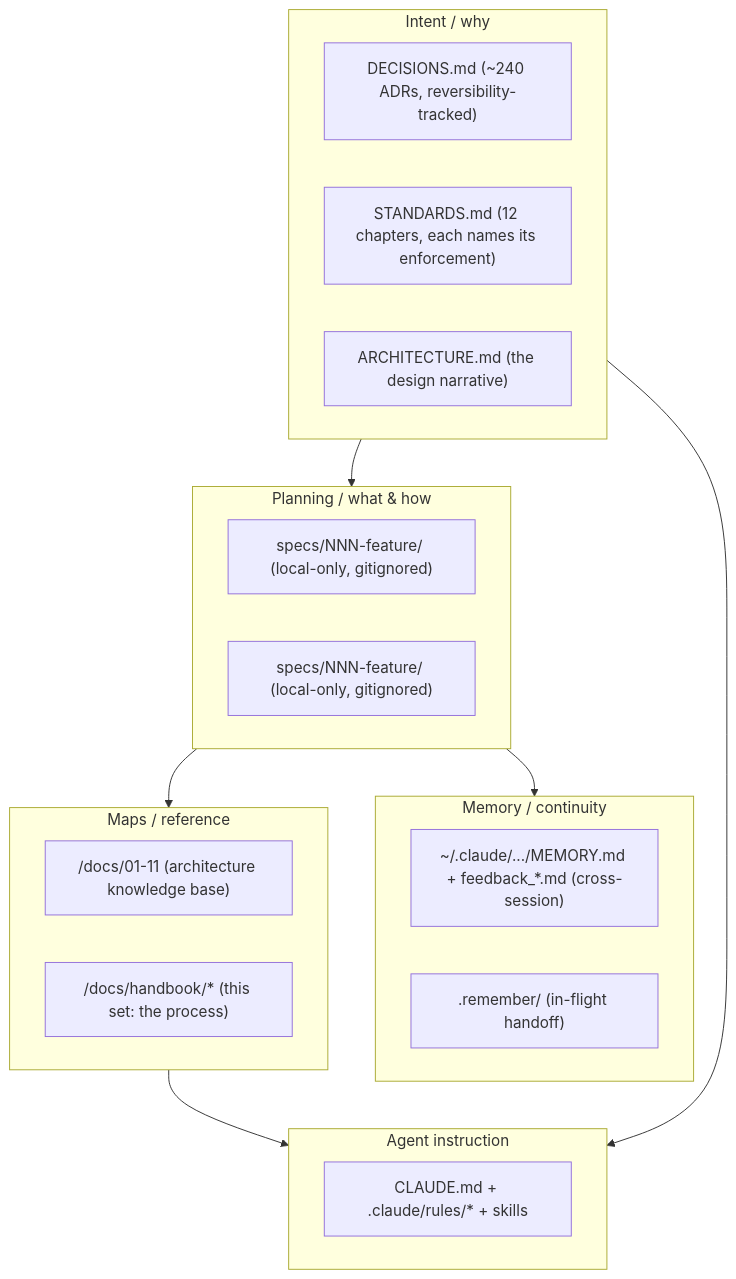
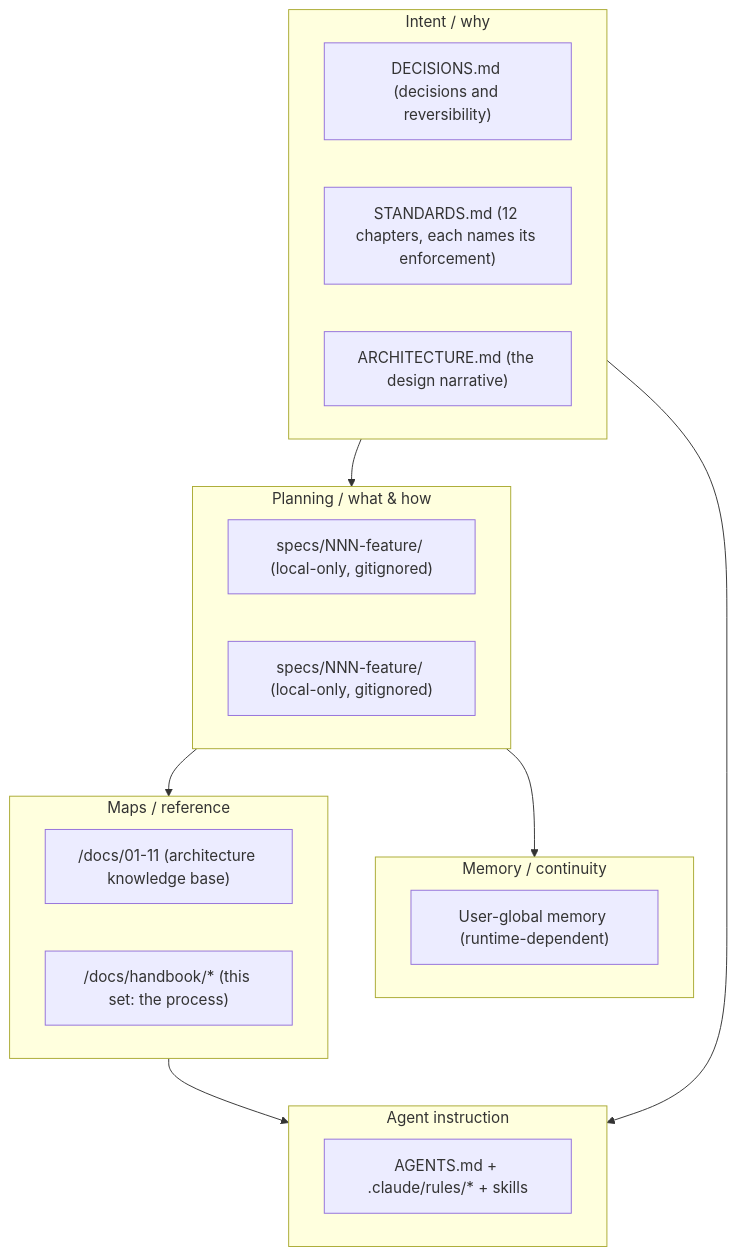
The first of 2 diagrams in docs/handbook/knowledge-architecture.md (erikunha/portfolio), drawn with Mermaid before and after one commit. The commit also changed other lines of this file and 1307 other files, not shown here.

````diff
--- a/docs/handbook/knowledge-architecture.md
+++ b/docs/handbook/knowledge-architecture.md
@@ -7,27 +7,26 @@
 ```mermaid
 flowchart TD
     subgraph intent["Intent / why"]
-        adr["DECISIONS.md (~240 ADRs, reversibility-tracked)"]
+        adr["DECISIONS.md (decisions and reversibility)"]
         std["STANDARDS.md (12 chapters, each names its enforcement)"]
         arch["ARCHITECTURE.md (the design narrative)"]
     end
     subgraph plan["Planning / what & how"]
         specs["specs/NNN-feature/ (local-only, gitignored)"]
         plans["specs/NNN-feature/ (local-only, gitignored)"]
     end
     subgraph maps["Maps / reference"]
         kb["/docs/01-11 (architecture knowledge base)"]
         hb["/docs/handbook/* (this set: the process)"]
     end
     subgraph agent["Agent instruction"]
-        cl["CLAUDE.md + .claude/rules/* + skills"]
+        cl["AGENTS.md + .claude/rules/* + skills"]
     end
     subgraph memory["Memory / continuity"]
-        mem["~/.claude/.../MEMORY.md + feedback_*.md (cross-session)"]
-        rem[".remember/ (in-flight handoff)"]
+        mem["User-global memory (runtime-dependent)"]
     end
     intent --> plan --> maps
     intent --> agent
     maps --> agent
     plan --> memory
 ```
````
